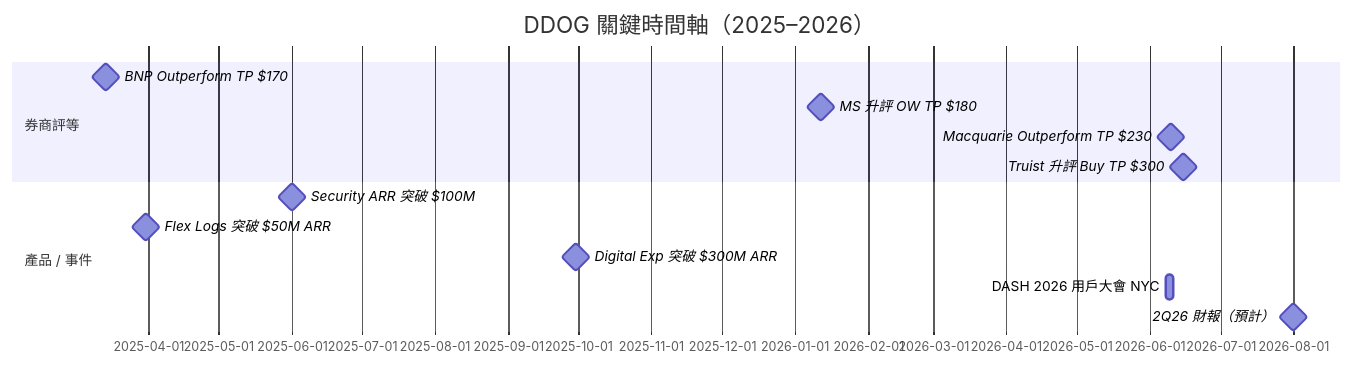
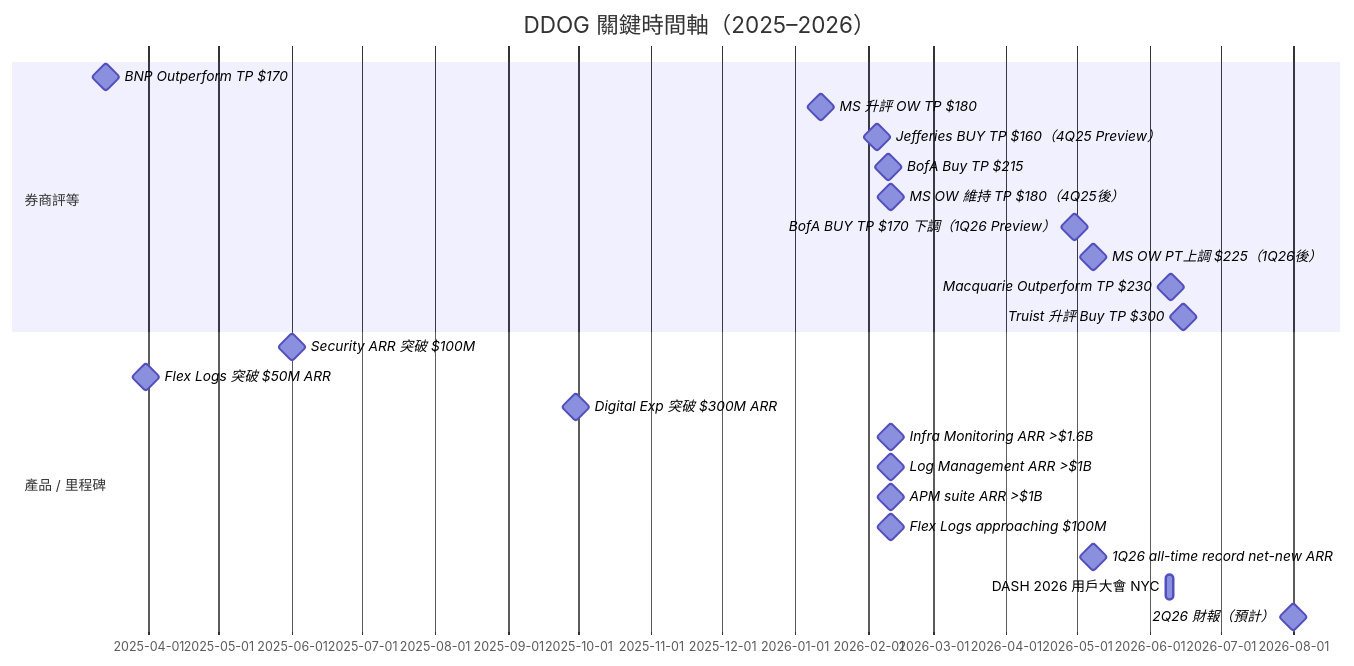
One commit to kevn950324/wiki_Stockv2 changed the diagram in content/lib/1.company/Overseas/DDOG.US(datadog).md. Above: the diagram before and after it, drawn with Mermaid. The commit also changed other lines of this file and 45 other files, not shown here.

````diff
--- a/content/lib/1.company/Overseas/DDOG.US(datadog).md
+++ b/content/lib/1.company/Overseas/DDOG.US(datadog).md
@@ -345,16 +388,26 @@
 ```mermaid
 gantt
     title DDOG 關鍵時間軸（2025–2026）
     dateFormat YYYY-MM-DD
     section 券商評等
     BNP Outperform TP $170   :milestone, 2025-03-14, 0d
     MS 升評 OW TP $180       :milestone, 2026-01-12, 0d
+    Jefferies BUY TP $160（4Q25 Preview）:milestone, 2026-02-05, 0d
+    BofA Buy TP $215         :milestone, 2026-02-10, 0d
+    MS OW 維持 TP $180（4Q25後）:milestone, 2026-02-11, 0d
+    BofA BUY TP $170 下調（1Q26 Preview）:milestone, 2026-04-30, 0d
+    MS OW PT上調 $225（1Q26後）:milestone, 2026-05-08, 0d
     Macquarie Outperform TP $230 :milestone, 2026-06-10, 0d
     Truist 升評 Buy TP $300  :milestone, 2026-06-15, 0d
-    section 產品 / 事件
+    section 產品 / 里程碑
     Security ARR 突破 $100M  :milestone, 2025-06-01, 0d
     Flex Logs 突破 $50M ARR  :milestone, 2025-03-31, 0d
     Digital Exp 突破 $300M ARR :milestone, 2025-09-30, 0d
+    Infra Monitoring ARR >$1.6B :milestone, 2026-02-11, 0d
+    Log Management ARR >$1B  :milestone, 2026-02-11, 0d
+    APM suite ARR >$1B        :milestone, 2026-02-11, 0d
+    Flex Logs approaching $100M :milestone, 2026-02-11, 0d
+    1Q26 all-time record net-new ARR :milestone, 2026-05-08, 0d
     DASH 2026 用戶大會 NYC   :2026-06-08, 3d
     2Q26 財報（預計）        :milestone, 2026-08-01, 0d
 ```
````
